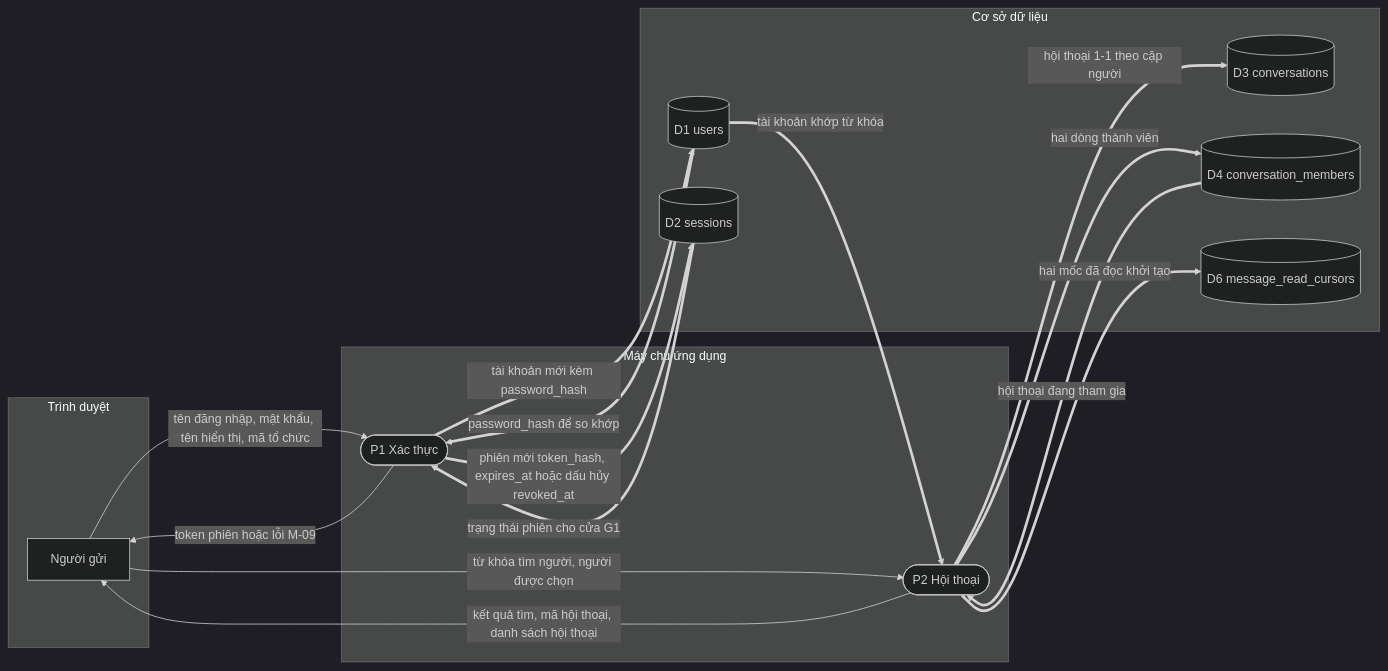
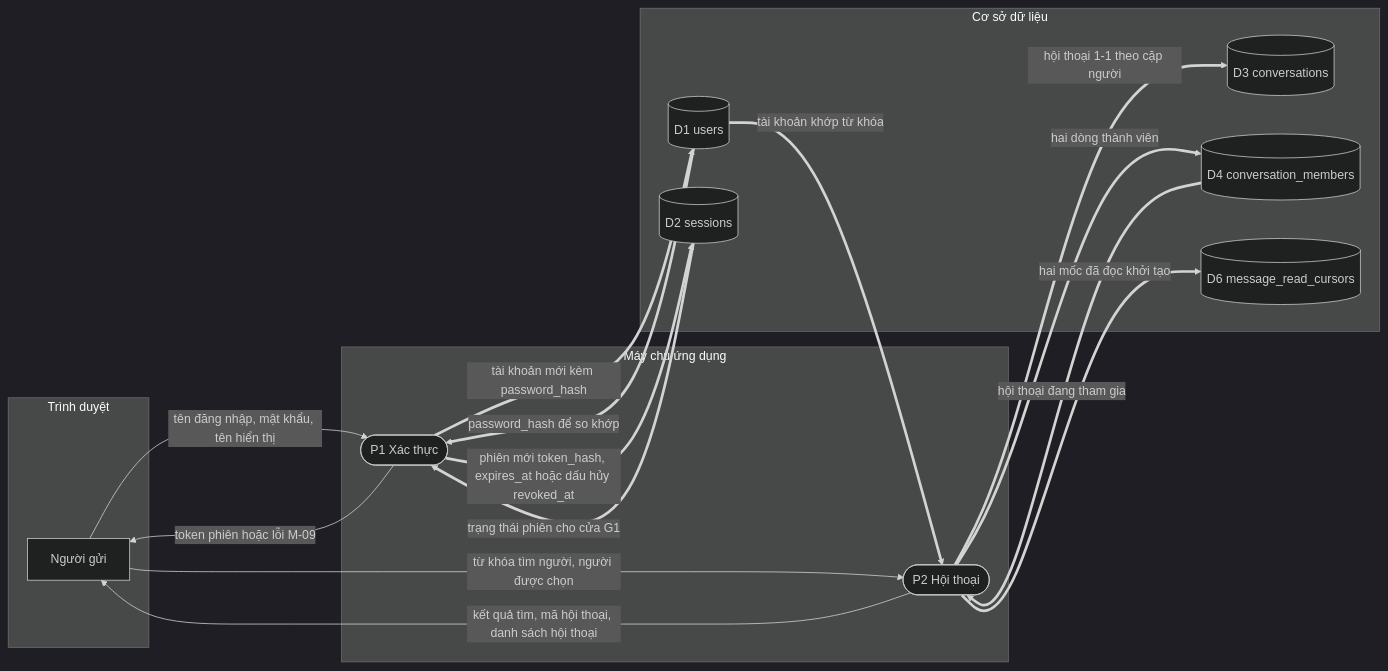
One commit to quangdungnguyen1983/chat-nhom-2 changed the third of 14 diagrams in 07-data-flow.md. Above: the diagram before and after it, drawn with Mermaid (dark theme). The commit also changed other lines of this file and 29 other files, not shown here.

First line of the commit message:
Bỏ hẳn "Mã đăng ký tổ chức": đăng ký tự do

````diff
--- a/07-data-flow.md
+++ b/07-data-flow.md
@@ -142,32 +139,32 @@
 ```mermaid
 flowchart LR
     subgraph CLIENT["Trình duyệt"]
         SENDER["Người gửi"]
     end
     subgraph SERVER["Máy chủ ứng dụng"]
         P1(["P1 Xác thực"])
         P2(["P2 Hội thoại"])
     end
     subgraph DB["Cơ sở dữ liệu"]
         D1[("D1 users")]
         D2[("D2 sessions")]
         D3[("D3 conversations")]
         D4[("D4 conversation_members")]
         D6[("D6 message_read_cursors")]
     end
 
-    SENDER -- "tên đăng nhập, mật khẩu, tên hiển thị, mã tổ chức" --> P1
+    SENDER -- "tên đăng nhập, mật khẩu, tên hiển thị" --> P1
     P1 -- "token phiên hoặc lỗi M-09" --> SENDER
     P1 == "tài khoản mới kèm password_hash" ==> D1
     D1 == "password_hash để so khớp" ==> P1
     P1 == "phiên mới token_hash, expires_at hoặc dấu hủy revoked_at" ==> D2
     D2 == "trạng thái phiên cho cửa G1" ==> P1
 
     SENDER -- "từ khóa tìm người, người được chọn" --> P2
     D1 == "tài khoản khớp từ khóa" ==> P2
     P2 -- "kết quả tìm, mã hội thoại, danh sách hội thoại" --> SENDER
     P2 == "hội thoại 1-1 theo cặp người" ==> D3
     P2 == "hai dòng thành viên" ==> D4
     P2 == "hai mốc đã đọc khởi tạo" ==> D6
     D4 == "hội thoại đang tham gia" ==> P2
 ```
````
